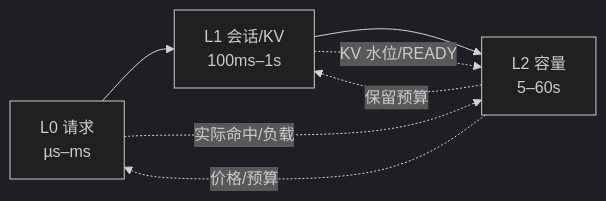
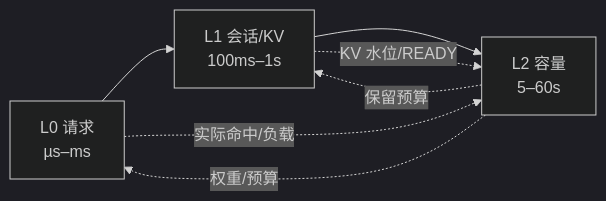
One commit to 5x8-40/lake changed the third of 7 diagrams in kvcm/design/D8-joint-scheduling.md. Above: the diagram before and after it, drawn with Mermaid (dark theme). The commit also changed other lines of this file and 4 other files, not shown here.

````diff
--- a/kvcm/design/D8-joint-scheduling.md
+++ b/kvcm/design/D8-joint-scheduling.md
@@ -161,8 +160,8 @@
 ```mermaid
 flowchart LR
     L0["L0 请求<br/>µs–ms"] --> L1["L1 会话/KV<br/>100ms–1s"] --> L2["L2 容量<br/>5–60s"]
-    L2 -.->|"价格/预算"| L0
+    L2 -.->|"权重/预算"| L0
     L2 -.->|"保留预算"| L1
     L0 -.->|"实际命中/负载"| L2
     L1 -.->|"KV 水位/READY"| L2
 ```
````
